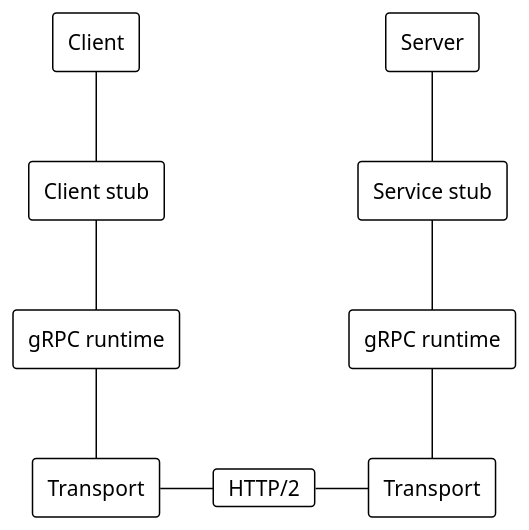
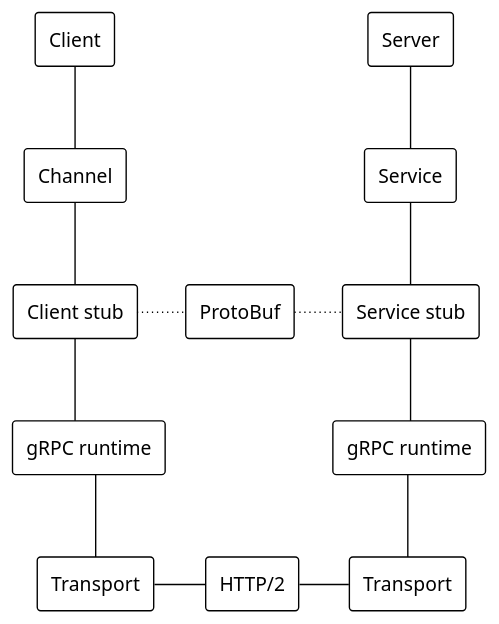
Before and after one commit to c0p4c4b4n4/grpc-grpc-java: the diagram in images/gRPC.puml, drawn with PlantUML. The commit also changed 3 other files, not shown here.

```diff
--- a/images/gRPC.puml
+++ b/images/gRPC.puml
@@ -1,48 +1,53 @@
 @startuml
 !theme mono
-scale 1.2
+scale 1.1
+skinparam defaultTextAlignment center
 skinparam linetype ortho
-
+'
 'skinparam rectangle {
 '  BackgroundColor transparent
 '  BorderColor black
 '}
 '
 'skinparam file {
 '  BackgroundColor transparent
 '  BorderColor black
 '}
 '
 'skinparam cloud {
 '  BackgroundColor transparent
 '  BorderColor black
 '}
 
-rectangle "Client" as C1
+rectangle "Client" as C0
+rectangle "Channel" as C1
 rectangle "Client stub" as C2
 rectangle "gRPC runtime" as C3
 rectangle "Transport" as C4
 
-rectangle "Server" as S1
+rectangle "Server" as S0
+rectangle "Service" as S1
 rectangle "Service stub" as S2
 rectangle "gRPC runtime" as S3
 rectangle "Transport" as S4
 
-'file "ProtoBuf" as P
-card "HTTP/2" as H
+rectangle "ProtoBuf" as P
+rectangle "HTTP/2" as H
 
+C0 -down- C1
 C1 -down- C2
 C2 -down- C3
 C3 -down- C4
 
+S0 -down- S1
 S1 -down- S2
 S2 -down- S3
 S3 -down- S4
 
-'C2 --[dotted]right-- P
-'P --[dotted]right-- S2
+C2 --[dotted]right-- P
+P --[dotted]right-- S2
 
 C4 --right-- H
 H --right-- S4
 
 @enduml
```
